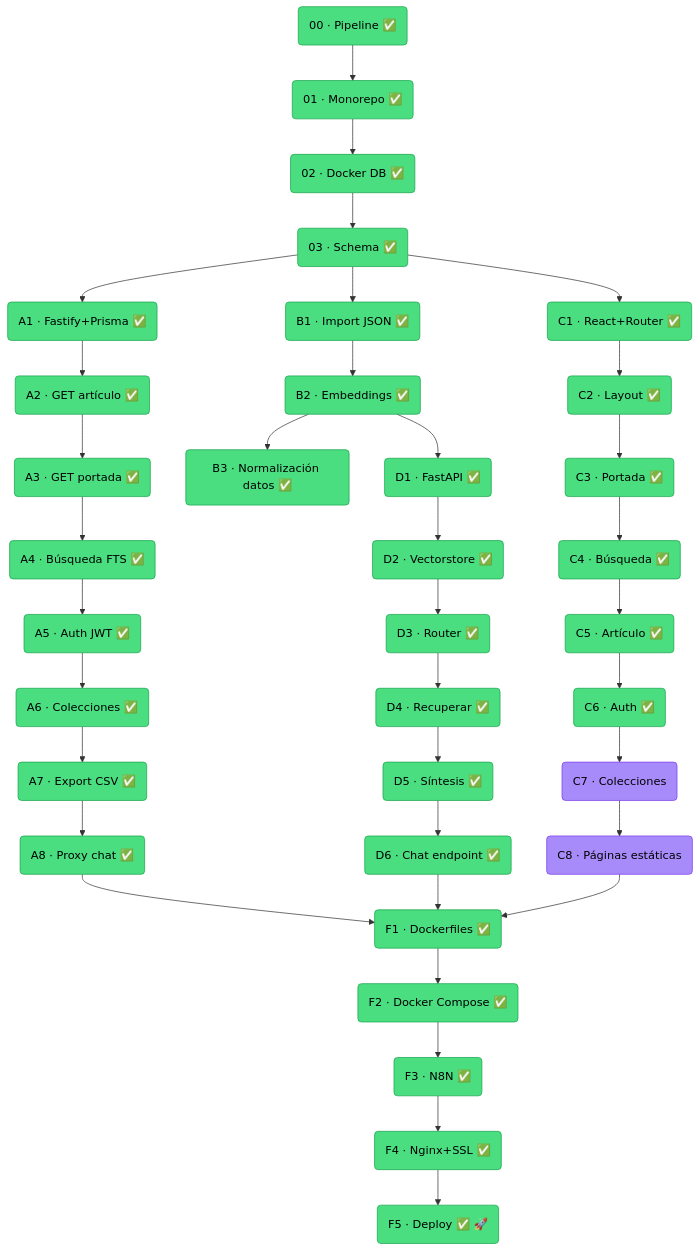
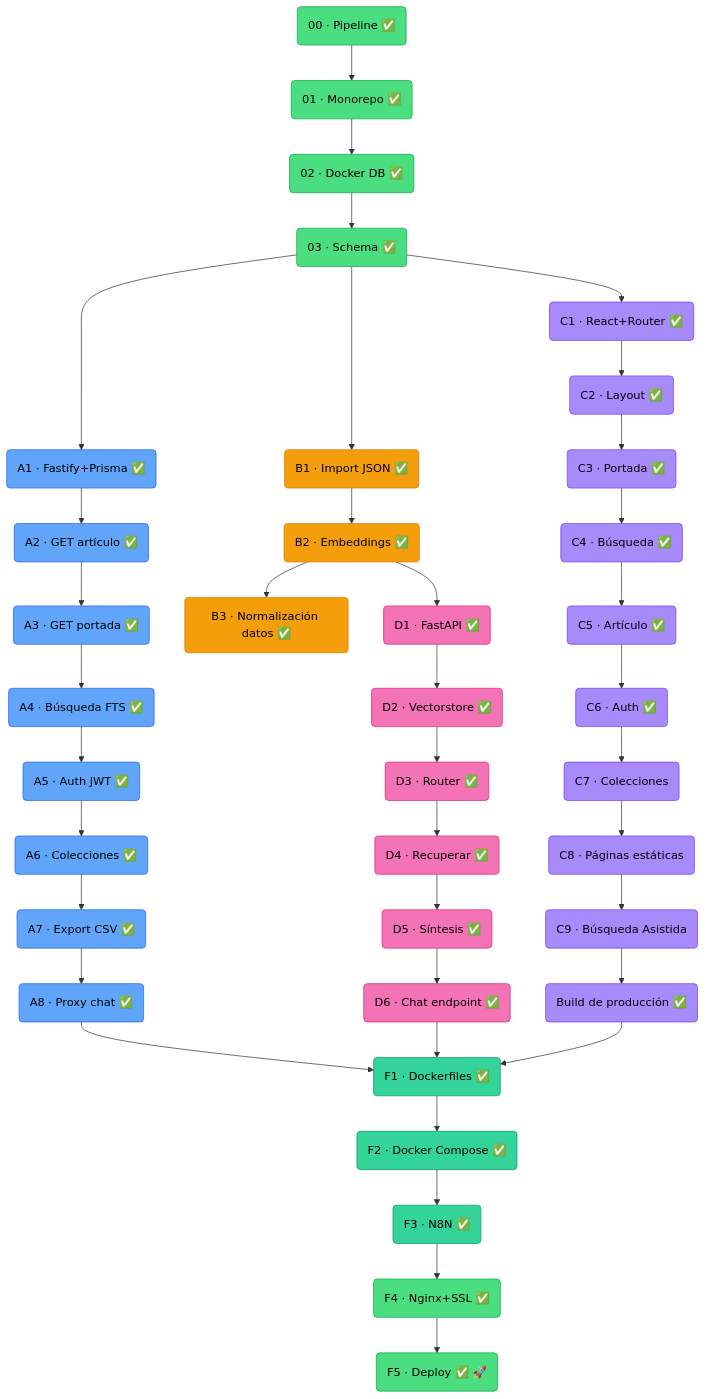
One commit to Daniel-kripta/Proyecto_Final_Full_Stack_-_Sansofe_WebApp changed the diagram in README.md. Above: the diagram before and after it, drawn with Mermaid. The commit also changed other lines of this file and 3 other files, not shown here.

````diff
--- a/README.md
+++ b/README.md
@@ -175,53 +193,55 @@
 ```mermaid
 graph TD
     P00("00 · Pipeline ✅"):::done --> P01("01 · Monorepo ✅"):::done
     P01 --> P02("02 · Docker DB ✅"):::done
     P02 --> P03("03 · Schema ✅"):::done
 
-    P03 --> A1("A1 · Fastify+Prisma ✅"):::done
-    P03 --> B1("B1 · Import JSON ✅"):::done
-    P03 --> C1("C1 · React+Router ✅"):::done
+    P03 --> A1("A1 · Fastify+Prisma ✅"):::backend
+    P03 --> B1("B1 · Import JSON ✅"):::data
+    P03 --> C1("C1 · React+Router ✅"):::frontend
 
-    A1 --> A2("A2 · GET artículo ✅"):::done
-    A2 --> A3("A3 · GET portada ✅"):::done
-    A3 --> A4("A4 · Búsqueda FTS ✅"):::done
-    A4 --> A5("A5 · Auth JWT ✅"):::done
-    A5 --> A6("A6 · Colecciones ✅"):::done
-    A6 --> A7("A7 · Export CSV ✅"):::done
-    A7 --> A8("A8 · Proxy chat ✅"):::done
+    A1 --> A2("A2 · GET artículo ✅"):::backend
+    A2 --> A3("A3 · GET portada ✅"):::backend
+    A3 --> A4("A4 · Búsqueda FTS ✅"):::backend
+    A4 --> A5("A5 · Auth JWT ✅"):::backend
+    A5 --> A6("A6 · Colecciones ✅"):::backend
+    A6 --> A7("A7 · Export CSV ✅"):::backend
+    A7 --> A8("A8 · Proxy chat ✅"):::backend
 
-    B1 --> B2("B2 · Embeddings ✅"):::done
-    B2 --> B3("B3 · Normalización datos ✅"):::done
+    B1 --> B2("B2 · Embeddings ✅"):::data
+    B2 --> B3("B3 · Normalización datos ✅"):::data
 
-    C1 --> C2("C2 · Layout ✅"):::done
-    C2 --> C3("C3 · Portada ✅"):::done
-    C3 --> C4("C4 · Búsqueda ✅"):::done
-    C4 --> C5("C5 · Artículo ✅"):::done
-    C5 --> C6("C6 · Auth ✅"):::done
+    C1 --> C2("C2 · Layout ✅"):::frontend
+    C2 --> C3("C3 · Portada ✅"):::frontend
+    C3 --> C4("C4 · Búsqueda ✅"):::frontend
+    C4 --> C5("C5 · Artículo ✅"):::frontend
+    C5 --> C6("C6 · Auth ✅"):::frontend
     C6 --> C7("C7 · Colecciones"):::frontend
     C7 --> C8("C8 · Páginas estáticas"):::frontend
+    C8 --> C9("C9 · Búsqueda Asistida"):::frontend
+    C9 --> BUILD("Build de producción ✅"):::frontend
 
-    B2 --> D1("D1 · FastAPI ✅"):::done
-    D1 --> D2("D2 · Vectorstore ✅"):::done
-    D2 --> D3("D3 · Router ✅"):::done
-    D3 --> D4("D4 · Recuperar ✅"):::done
-    D4 --> D5("D5 · Síntesis ✅"):::done
-    D5 --> D6("D6 · Chat endpoint ✅"):::done
+    B2 --> D1("D1 · FastAPI ✅"):::ai
+    D1 --> D2("D2 · Vectorstore ✅"):::ai
+    D2 --> D3("D3 · Router ✅"):::ai
+    D3 --> D4("D4 · Recuperar ✅"):::ai
+    D4 --> D5("D5 · Síntesis ✅"):::ai
+    D5 --> D6("D6 · Chat endpoint ✅"):::ai
 
-    A8 --> F1("F1 · Dockerfiles ✅"):::done
-    C8 --> F1
+    A8 --> F1("F1 · Dockerfiles ✅"):::deploy
+    BUILD --> F1
     D6 --> F1
 
-    F1 --> F2("F2 · Docker Compose ✅"):::done
-    F2 --> F3("F3 · N8N ✅"):::done
+    F1 --> F2("F2 · Docker Compose ✅"):::deploy
+    F2 --> F3("F3 · N8N ✅"):::deploy
     F3 --> F4("F4 · Nginx+SSL ✅"):::done
     F4 --> F5("F5 · Deploy ✅ 🚀"):::done
 
     classDef done fill:#4ade80,stroke:#16a34a,color:#000
     classDef setup fill:#94a3b8,stroke:#475569,color:#000
     classDef backend fill:#60a5fa,stroke:#2563eb,color:#000
     classDef data fill:#f59e0b,stroke:#d97706,color:#000
     classDef frontend fill:#a78bfa,stroke:#7c3aed,color:#000
     classDef ai fill:#f472b6,stroke:#db2777,color:#000
     classDef deploy fill:#34d399,stroke:#059669,color:#000
 ```
````
